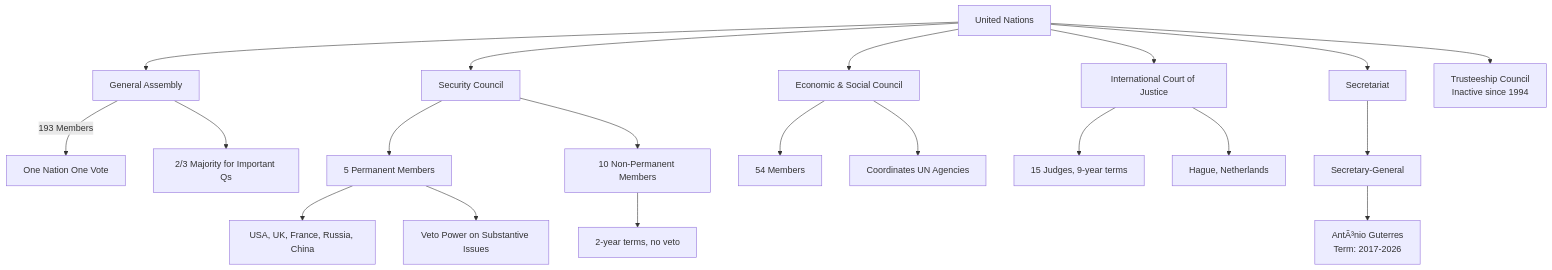
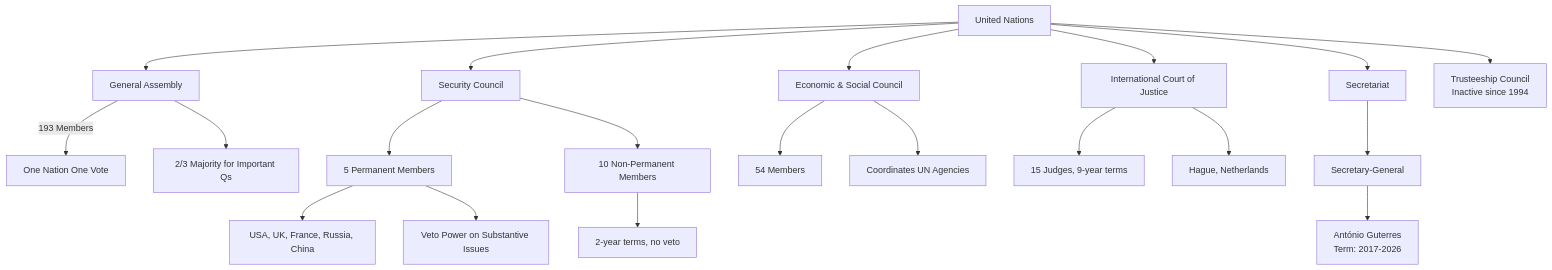
Before and after one commit to Raushan666java/ai-engineering-journey: the diagram in docs/courses/general-awareness/08-sports-awards-international.md, drawn with Mermaid. The commit also changed other lines of this file and 965 other files, not shown here.

````diff
--- a/docs/courses/general-awareness/08-sports-awards-international.md
+++ b/docs/courses/general-awareness/08-sports-awards-international.md
@@ -214,22 +214,22 @@
 ```mermaid
 flowchart TD
     UN[United Nations] --> GA[General Assembly]
     UN --> SC[Security Council]
     UN --> ECOSOC[Economic & Social Council]
     UN --> ICJ[International Court of Justice]
     UN --> SEC[Secretariat]
     UN --> TC[Trusteeship Council<br/>Inactive since 1994]
     GA --> |193 Members| GA1[One Nation One Vote]
     GA --> GA2[2/3 Majority for Important Qs]
     SC --> SC1[5 Permanent Members]
     SC --> SC2[10 Non-Permanent Members]
     SC1 --> P1[USA, UK, France, Russia, China]
     SC1 --> P2[Veto Power on Substantive Issues]
     SC2 --> NP1[2-year terms, no veto]
     ECOSOC --> EC1[54 Members]
     ECOSOC --> EC2[Coordinates UN Agencies]
     ICJ --> ICJ1[15 Judges, 9-year terms]
     ICJ --> ICJ2[Hague, Netherlands]
     SEC --> SEC1[Secretary-General]
-    SEC1 --> SG[AntÃ³nio Guterres<br/>Term: 2017-2026]
+    SEC1 --> SG[António Guterres<br/>Term: 2017-2026]
 ```
````
